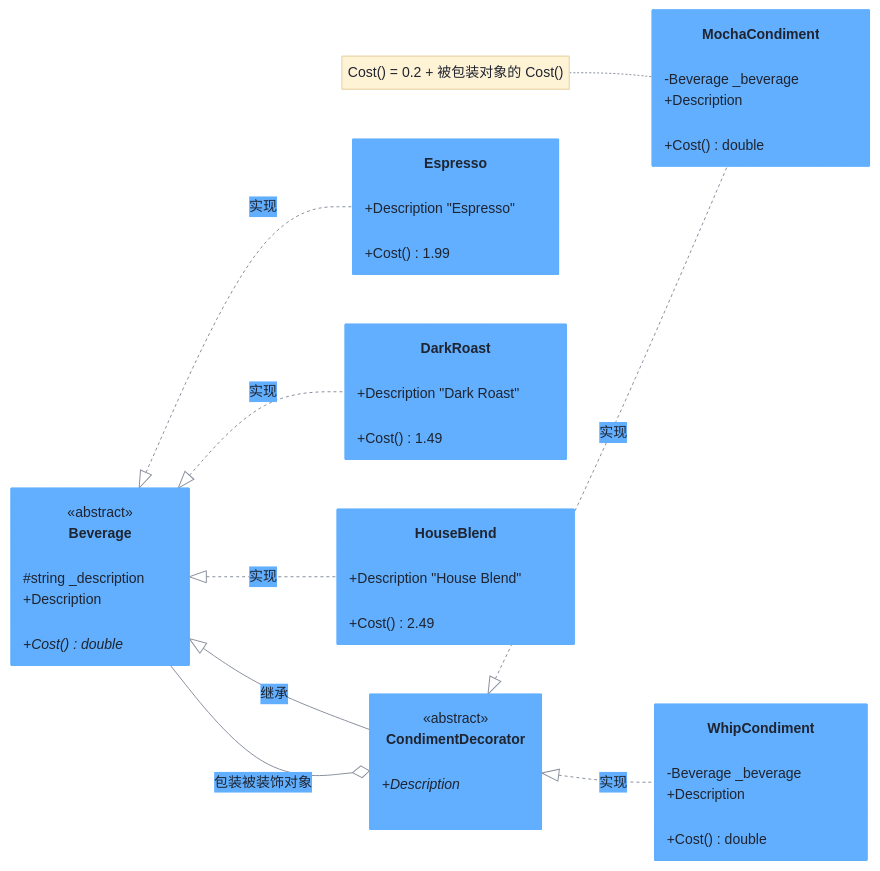
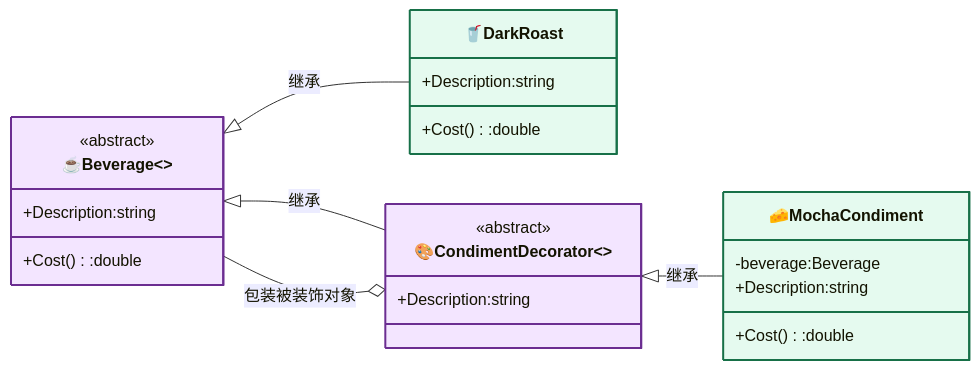
One commit to hollson/design_patterns changed the diagram in DecoratorPattern/README.md. Above: the diagram before and after it, drawn with Mermaid. The commit also changed other lines of this file and 19 other files, not shown here.

Commit message:
docs: refactor mermaid diagrams to basic GoF model style for all 20 design patterns

````diff
--- a/DecoratorPattern/README.md
+++ b/DecoratorPattern/README.md
@@ -20,46 +31,33 @@
 ```mermaid
-%%{init: {"theme": "base", "themeVariables": {"primaryColor": "#61affe", "primaryTextColor": "#1f2430", "primaryBorderColor": "#61affe", "lineColor": "#8a919e", "secondaryColor": "#eaf2fb", "tertiaryColor": "#f5f7fa", "noteBkgColor": "#fff3d6", "noteTextColor": "#1f2430", "fontSize": "14px"}}}%%
+%%{init: {"classDiagram": {"useMarkdownLabels": true}} }%%
 classDiagram
     direction LR
-    class Beverage {
+
+    class Component["☕Beverage<<abstract>>"]:::strategyCls{
         <<abstract>>
-        #string _description
-        +Description
-        +Cost() double*
+        +Description:string
+        +Cost():double
     }
-    class CondimentDecorator {
+    class ConcreteComponent["🥤DarkRoast"]:::concreteCls{
+        +Description:string
+        +Cost():double
+    }
+    class Decorator["🎨CondimentDecorator<<abstract>>"]:::strategyCls{
         <<abstract>>
-        +Description*
+        +Description:string
     }
-    class Espresso {
-        +Description "Espresso"
-        +Cost() 1.99
-    }
-    class DarkRoast {
-        +Description "Dark Roast"
-        +Cost() 1.49
-    }
-    class HouseBlend {
-        +Description "House Blend"
-        +Cost() 2.49
-    }
-    class MochaCondiment {
-        -Beverage _beverage
-        +Description
-        +Cost() double
-    }
-    class WhipCondiment {
-        -Beverage _beverage
-        +Description
-        +Cost() double
+    class ConcreteDecorator["🧀MochaCondiment"]:::concreteCls{
+        -beverage:Beverage
+        +Description:string
+        +Cost():double
     }
 
-    Beverage <|-- CondimentDecorator : 继承
-    Beverage <|.. Espresso : 实现
-    Beverage <|.. DarkRoast : 实现
-    Beverage <|.. HouseBlend : 实现
-    CondimentDecorator <|.. MochaCondiment : 实现
-    CondimentDecorator <|.. WhipCondiment : 实现
-    CondimentDecorator o-- Beverage : 包装被装饰对象
-    note for MochaCondiment "Cost() = 0.2 + 被包装对象的 Cost()"
+    Component <|-- ConcreteComponent : 继承
+    Component <|-- Decorator : 继承
+    Decorator <|-- ConcreteDecorator : 继承
+    Decorator o-- Component : 包装被装饰对象
+
+    classDef contextCls fill:#fff3cd,stroke:#856404,stroke-width:2px
+    classDef strategyCls fill:#f3e5ff,stroke:#6b2d91,stroke-width:2px
+    classDef concreteCls fill:#e5faef,stroke:#177048,stroke-width:2px
 ```
````
